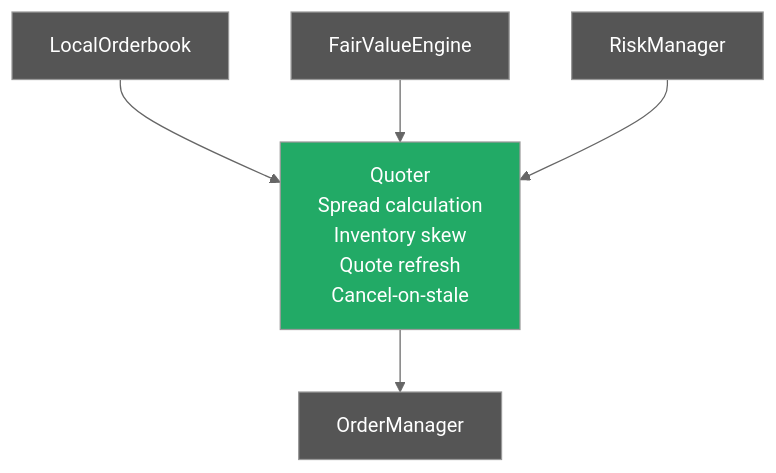
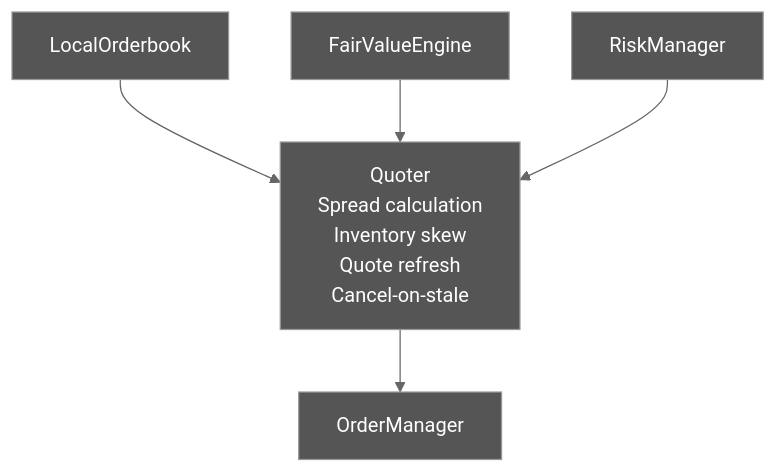
Before and after one commit to jfreun123/kalshi-market-maker: diagram 11 of 12 in PLAN.md, drawn with Mermaid (neutral theme). The commit also changed other lines of this file, not shown here.

````diff
--- a/PLAN.md
+++ b/PLAN.md
@@ -524,19 +524,19 @@
 ```mermaid
 graph TD
     OB["LocalOrderbook"]
     FV["FairValueEngine"]
     RM["RiskManager"]
     OM["OrderManager"]
     QE["Quoter\nSpread calculation\nInventory skew\nQuote refresh\nCancel-on-stale"]
 
     OB --> QE
     FV --> QE
     RM --> QE
     QE --> OM
 
     style OB fill:#555,color:#fff
     style FV fill:#555,color:#fff
     style RM fill:#555,color:#fff
     style OM fill:#555,color:#fff
-    style QE fill:#2a6,color:#fff
+    style QE fill:#555,color:#fff
 ```
````
